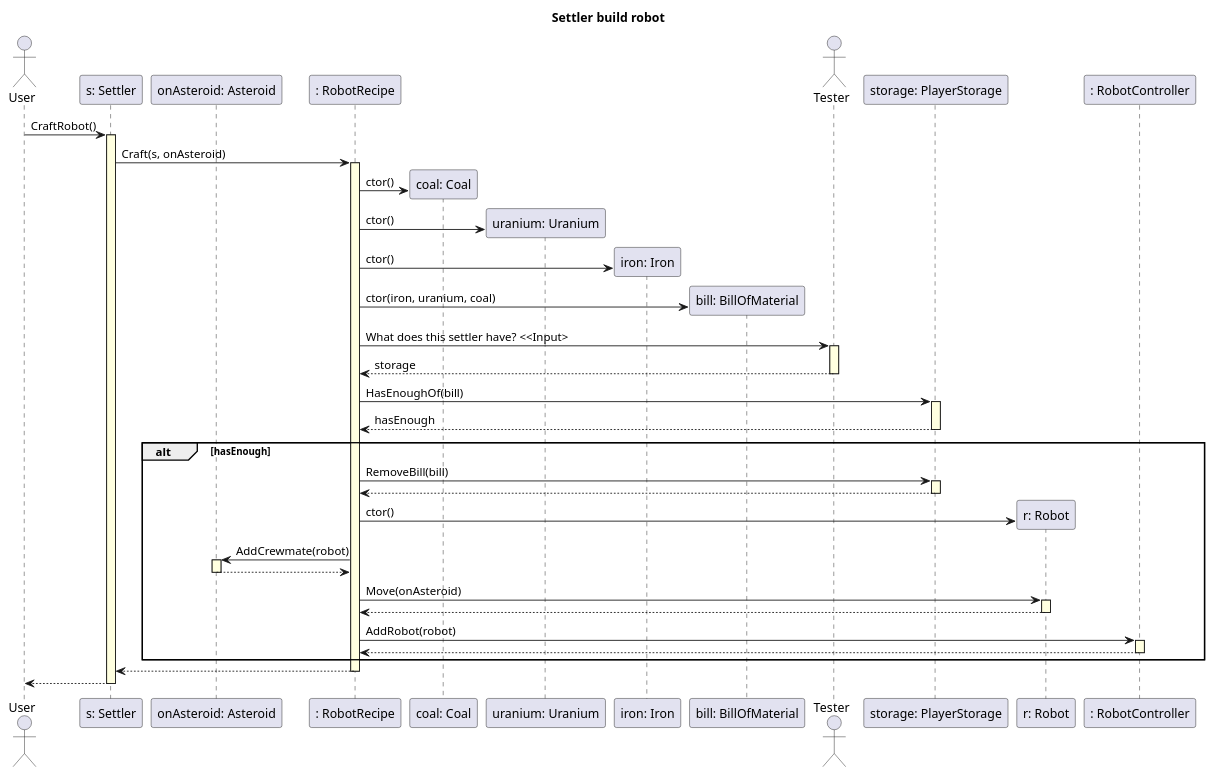
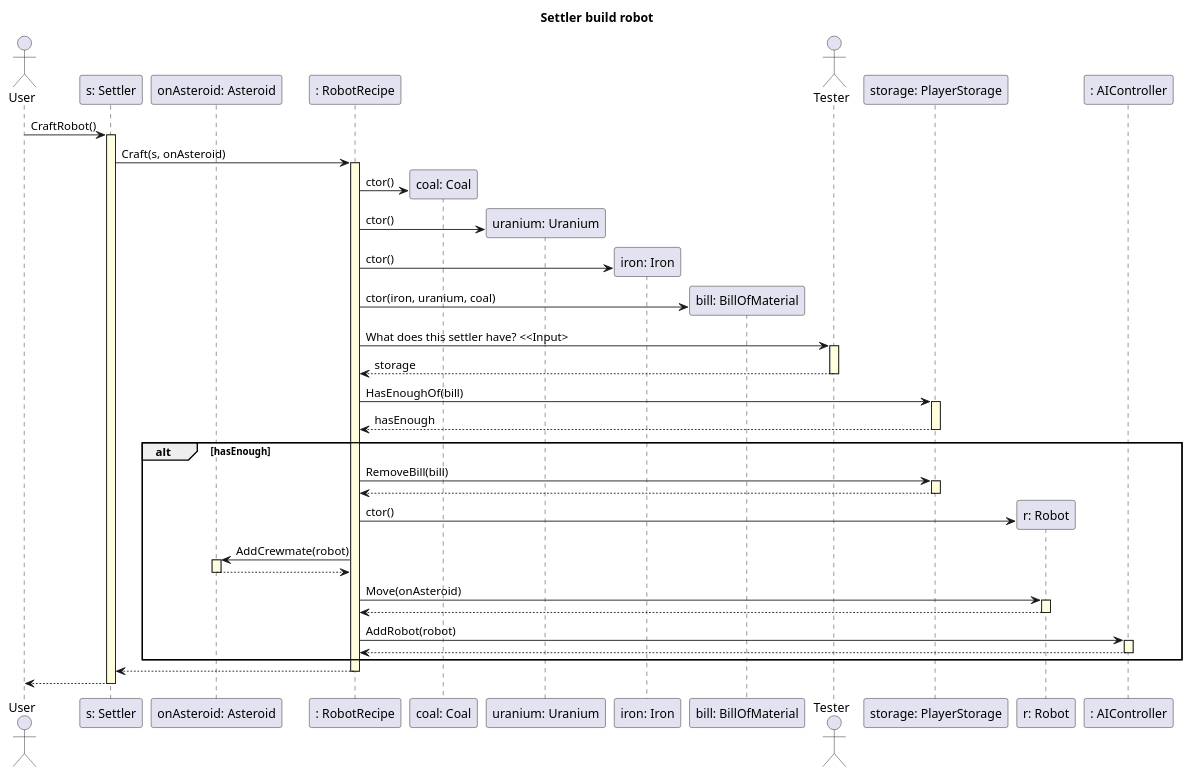
One commit to triszt4n/projlab_holy_oil changed the diagram in uml/skeleton_seq_diagrams/build from recipe/build_robot.plantuml. Above: the diagram before and after it, drawn with PlantUML. The commit also changed 22 other files, not shown here.

```diff
--- a/uml/skeleton_seq_diagrams/build from recipe/build_robot.plantuml
+++ b/uml/skeleton_seq_diagrams/build from recipe/build_robot.plantuml
@@ -1,56 +1,56 @@
 @startuml
 skinparam SequenceLifeLineBackgroundColor LightYellow
 
 title "Settler build robot"
 
 actor User as US
 participant "s: Settler" as settler
 participant "onAsteroid: Asteroid" as onAsteroid
 participant ": RobotRecipe" as robotRecipe
 
 US -> settler ++ : CraftRobot()
 settler -> robotRecipe ++ : Craft(s, onAsteroid)
 
 participant "coal: Coal" as coal
 robotRecipe -> coal ** : ctor()
 participant "uranium: Uranium" as uranium
 robotRecipe -> uranium ** : ctor()
 participant "iron: Iron" as iron
 robotRecipe -> iron ** : ctor()
 
 participant "bill: BillOfMaterial" as bill
 robotRecipe -> bill ** : ctor(iron, uranium, coal)
 
 actor Tester as TESTER
 robotRecipe -> TESTER ++ : What does this settler have? <<Input>
 TESTER --> robotRecipe -- : storage
 
 participant "storage: PlayerStorage" as storage
 robotRecipe -> storage ++ : HasEnoughOf(bill)
 storage --> robotRecipe -- : hasEnough
 
 alt hasEnough
 
     robotRecipe -> storage ++ : RemoveBill(bill)
     storage --> robotRecipe --
 
     participant "r: Robot" as robot
     robotRecipe -> robot ** : ctor()
 
     robotRecipe -> onAsteroid ++ : AddCrewmate(robot)
     onAsteroid --> robotRecipe --
 
     robotRecipe -> robot ++ : Move(onAsteroid)
     robot --> robotRecipe --
 
-    participant ": RobotController" as controller
+    participant ": AIController" as controller
     robotRecipe -> controller ++ : AddRobot(robot)
     controller --> robotRecipe --
 
 end
 
 robotRecipe --> settler --
 
 settler --> US --
 
 @enduml
```
